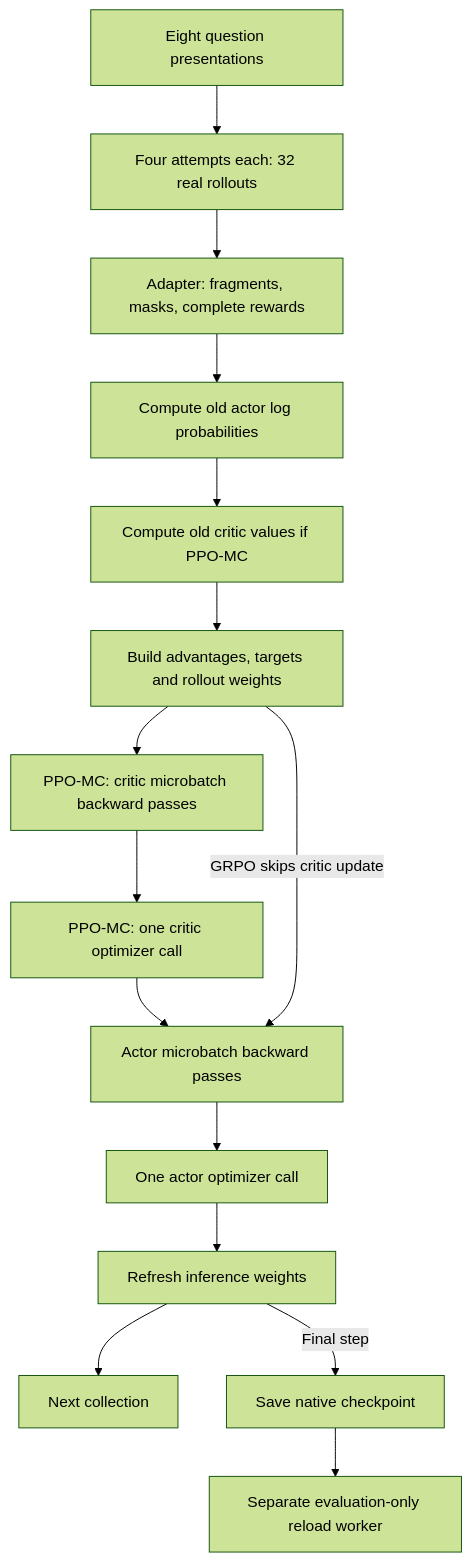
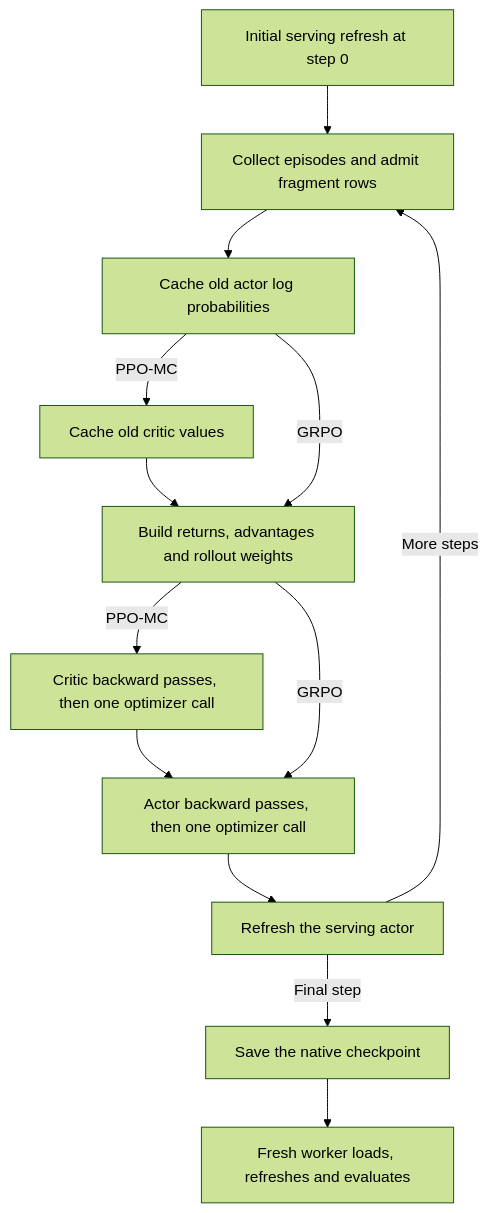
Before and after one commit to amulyaparthasarathy/agent-lightning-grpo-ppo: the diagram in docs/learning/06-one-complete-training-update.md, drawn with Mermaid (forest theme). The commit also changed other lines of this file and 1 other file, not shown here.

Commit message:
Trace one calculator collection through optimization, refresh and reload

````diff
--- a/docs/learning/06-one-complete-training-update.md
+++ b/docs/learning/06-one-complete-training-update.md
@@ -11,17 +17,15 @@
 ```mermaid
 flowchart TD
-    Q[Eight question presentations] --> R[Four attempts each: 32 real rollouts]
-    R --> A[Adapter: fragments, masks, complete rewards]
-    A --> O[Compute old actor log probabilities]
-    O --> V[Compute old critic values if PPO-MC]
-    V --> G[Build advantages, targets and rollout weights]
-    G --> C[PPO-MC: critic microbatch backward passes]
-    C --> CO[PPO-MC: one critic optimizer call]
-    CO --> P[Actor microbatch backward passes]
-    G -->|GRPO skips critic update| P
-    P --> PO[One actor optimizer call]
-    PO --> I[Refresh inference weights]
-    I --> N[Next collection]
-    I -->|Final step| S[Save native checkpoint]
-    S --> E[Separate evaluation-only reload worker]
+    I["Initial serving refresh at step 0"] --> R["Collect episodes and admit fragment rows"]
+    R --> O["Cache old actor log probabilities"]
+    O -->|PPO-MC| V["Cache old critic values"]
+    V --> T["Build returns, advantages and rollout weights"]
+    O -->|GRPO| T
+    T -->|PPO-MC| C["Critic backward passes, then one optimizer call"]
+    C --> A["Actor backward passes, then one optimizer call"]
+    T -->|GRPO| A
+    A --> F["Refresh the serving actor"]
+    F -->|More steps| R
+    F -->|Final step| S["Save the native checkpoint"]
+    S --> E["Fresh worker loads, refreshes and evaluates"]
 ```
````
